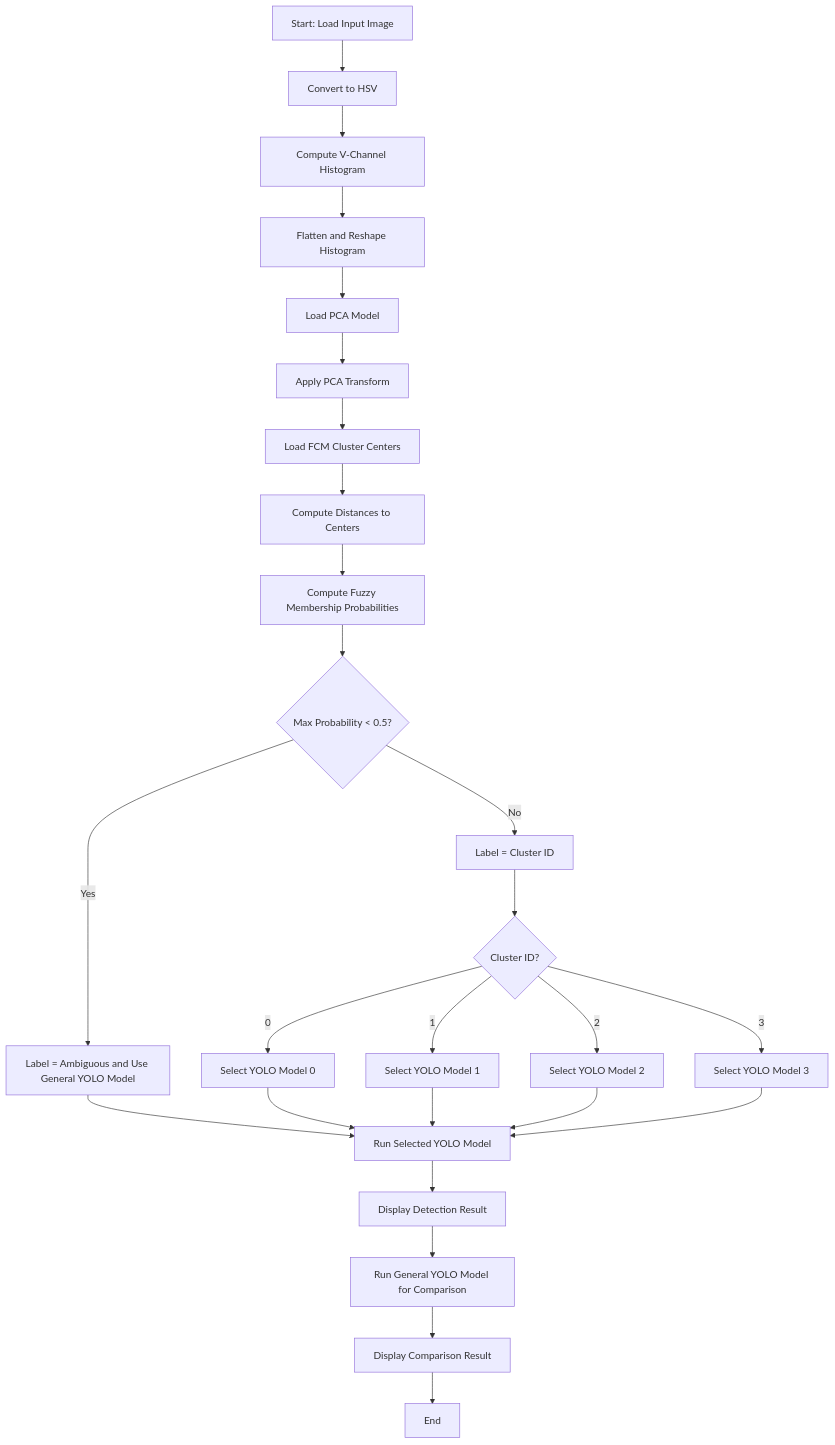
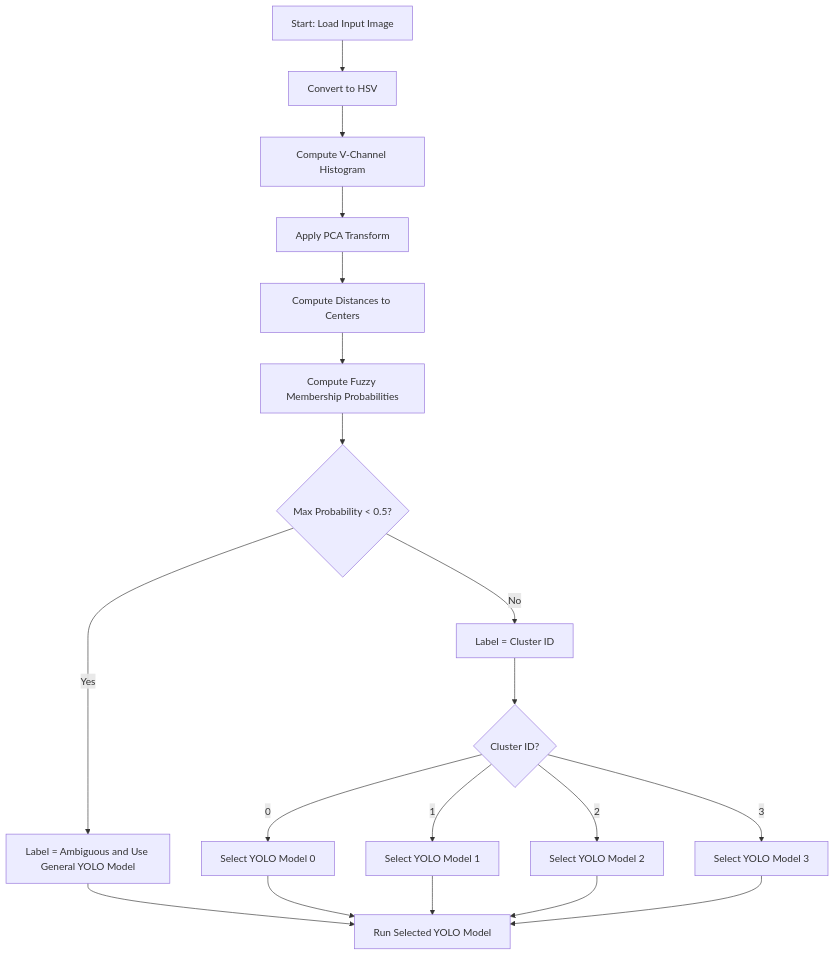
Before and after one commit to sbconnelly2000/Traffic-Sign-Recognition-for-Varying-Lighting-Conditions: the diagram in README.md, drawn with Mermaid.

Commit message:
Refactor flowchart for PCA and YOLO model process

````diff
--- a/README.md
+++ b/README.md
@@ -1,37 +1,29 @@
 ```mermaid
 flowchart TD
 
 A[Start: Load Input Image] --> B[Convert to HSV]
 B --> C[Compute V-Channel Histogram]
-C --> D[Flatten and Reshape Histogram]
 
-D --> E[Load PCA Model]
-E --> F[Apply PCA Transform]
+C --> D[Apply PCA Transform]
 
-F --> G[Load FCM Cluster Centers]
-G --> H[Compute Distances to Centers]
-H --> I[Compute Fuzzy Membership Probabilities]
+D --> E[Compute Distances to Centers]
+E --> F[Compute Fuzzy Membership Probabilities]
 
-I --> J{Max Probability < 0.5?}
+F --> G{Max Probability < 0.5?}
 
-J -- Yes --> K[Label = Ambiguous and Use General YOLO Model]
-J -- No --> L[Label = Cluster ID]
+G -- Yes --> H[Label = Ambiguous and Use General YOLO Model]
+G -- No --> I[Label = Cluster ID]
 
-L --> M{Cluster ID?}
-M -- 0 --> M0[Select YOLO Model 0]
-M -- 1 --> M1[Select YOLO Model 1]
-M -- 2 --> M2[Select YOLO Model 2]
-M -- 3 --> M3[Select YOLO Model 3]
+I --> J{Cluster ID?}
+J -- 0 --> J0[Select YOLO Model 0]
+J -- 1 --> J1[Select YOLO Model 1]
+J -- 2 --> J2[Select YOLO Model 2]
+J -- 3 --> J3[Select YOLO Model 3]
 
-K --> N
-M0 --> N
-M1 --> N
-M2 --> N
-M3 --> N
-N[Run Selected YOLO Model] --> O[Display Detection Result]
-
-O --> P[Run General YOLO Model for Comparison]
-P --> Q[Display Comparison Result]
-
-Q --> R[End]
+H --> K
+J0 --> K
+J1 --> K
+J2 --> K
+J3 --> K
+K[Run Selected YOLO Model]
 ```
````
